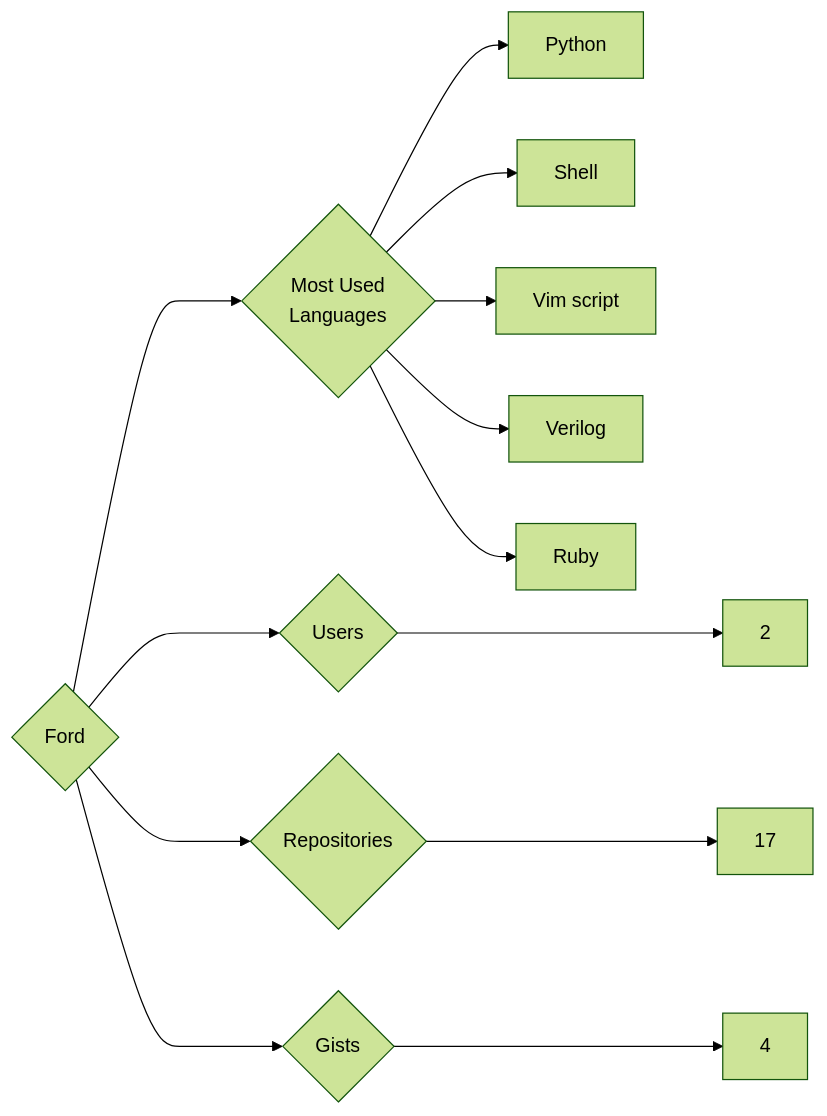
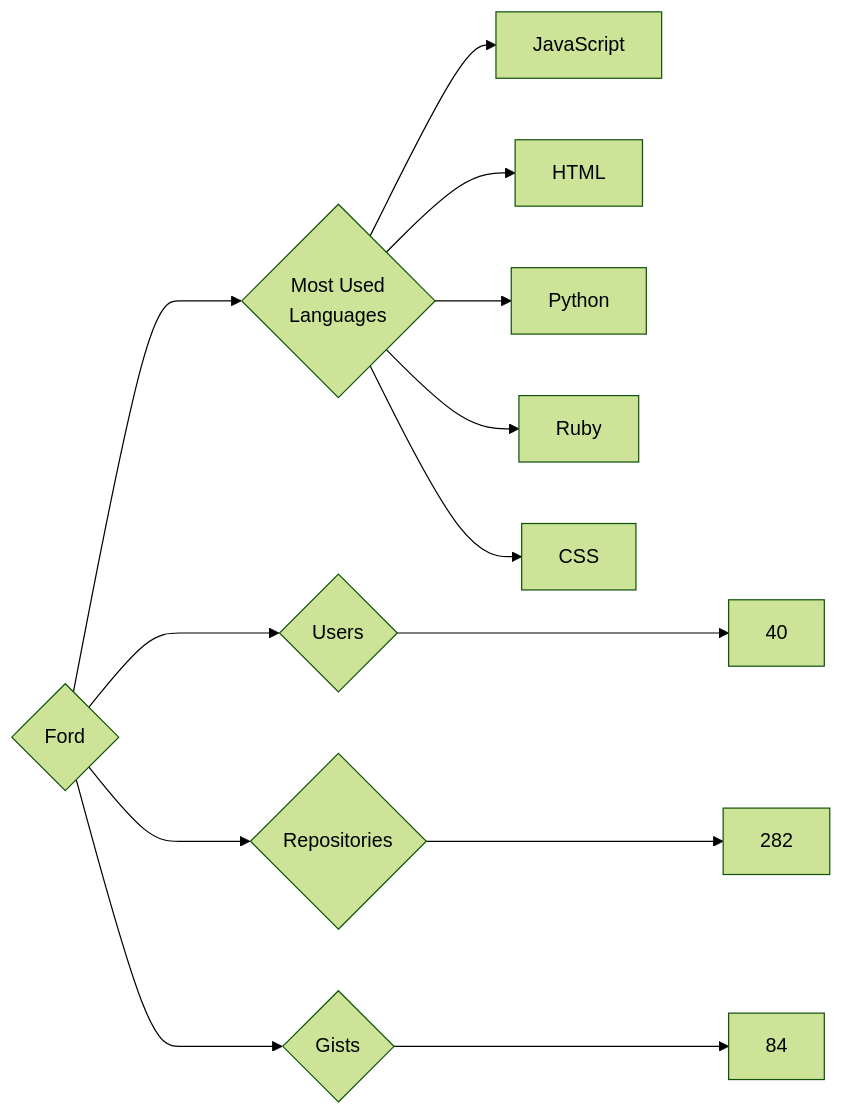
Before and after one commit to trickest/insiders: the diagram in targets/Ford/README.md, drawn with Mermaid (forest theme). The commit also changed 720 other files, not shown here.

````diff
--- a/targets/Ford/README.md
+++ b/targets/Ford/README.md
@@ -3,13 +3,13 @@
 ```mermaid
 graph LR
 COMPANY_NAME{Ford}
-COMPANY_NAME ---> U{Users} ---> UN[2]
-COMPANY_NAME ---> R{Repositories} ---> RN[17]
-COMPANY_NAME ---> G{Gists} ---> GN[4]
+COMPANY_NAME ---> U{Users} ---> UN[40]
+COMPANY_NAME ---> R{Repositories} ---> RN[282]
+COMPANY_NAME ---> G{Gists} ---> GN[84]
 COMPANY_NAME ---> ML{Most Used<br>Languages}
+ML --> JavaScript[JavaScript]
+ML --> HTML[HTML]
 ML --> Python[Python]
-ML --> Shell[Shell]
-ML --> Vim_script[Vim script]
-ML --> Verilog[Verilog]
 ML --> Ruby[Ruby]
+ML --> CSS[CSS]
 ```
````
